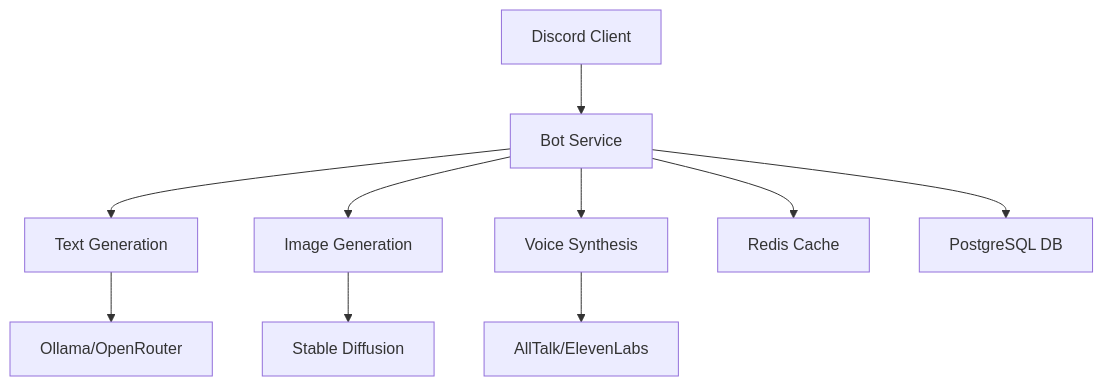
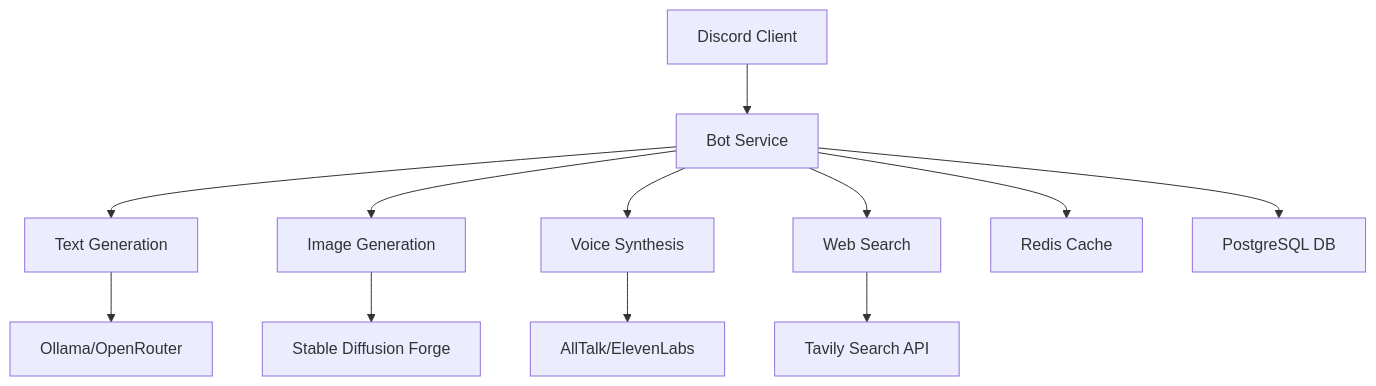
The first of 2 diagrams in README.md (BenevolenceMessiah/multimodal-discord-bot), drawn with Mermaid before and after one commit. The commit also changed other lines of this file and 10 other files, not shown here.

Commit message:
Fix Stable Diffusion FLUX API issues.

````diff
--- a/README.md
+++ b/README.md
@@ -144,12 +162,14 @@
 ```mermaid
 graph TD
     A[Discord Client] --> B[Bot Service]
     B --> C[Text Generation]
     B --> D[Image Generation]
     B --> E[Voice Synthesis]
-    C --> F[Ollama/OpenRouter]
-    D --> G[Stable Diffusion]
-    E --> H[AllTalk/ElevenLabs]
-    B --> I[Redis Cache]
-    B --> J[PostgreSQL DB]
-```
+    B --> F[Web Search]
+    C --> G[Ollama/OpenRouter]
+    D --> H[Stable Diffusion Forge]
+    E --> I[AllTalk/ElevenLabs]
+    F --> J[Tavily Search API]
+    B --> K[Redis Cache]
+    B --> L[PostgreSQL DB]
+```  
````
